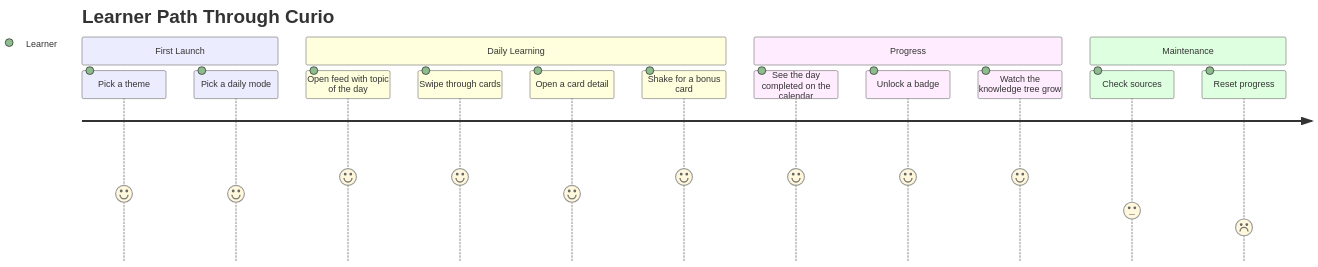
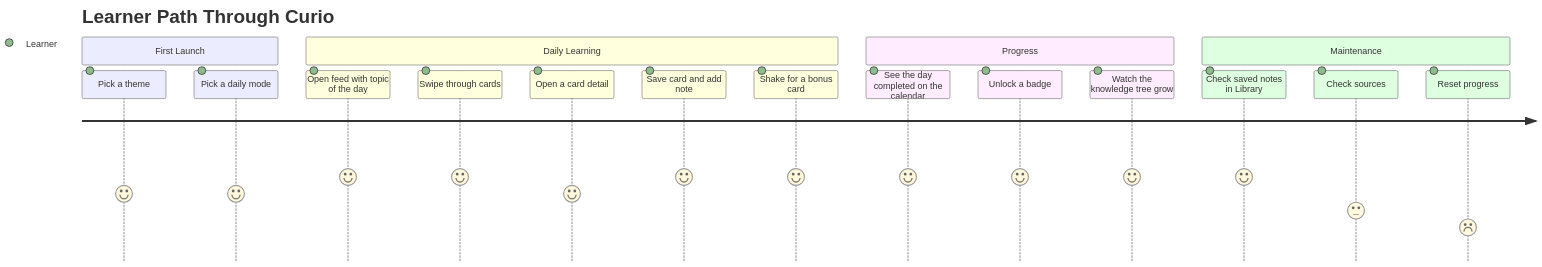
The second of 10 diagrams in docs/CURIO_requirements_and_diagrams.md (Alexia-Crisan/Curio), drawn with Mermaid before and after one commit. The commit also changed other lines of this file and 2 other files, not shown here.

Commit message:
docs: requirements, diagrams, acceptance matrix and demo script match the final app

````diff
--- a/docs/CURIO_requirements_and_diagrams.md
+++ b/docs/CURIO_requirements_and_diagrams.md
@@ -63,19 +67,21 @@
 ```mermaid
 journey
   title Learner Path Through Curio
   section First Launch
     Pick a theme: 4: Learner
     Pick a daily mode: 4: Learner
   section Daily Learning
     Open feed with topic of the day: 5: Learner
     Swipe through cards: 5: Learner
     Open a card detail: 4: Learner
+    Save card and add note: 5: Learner
     Shake for a bonus card: 5: Learner
   section Progress
     See the day completed on the calendar: 5: Learner
     Unlock a badge: 5: Learner
     Watch the knowledge tree grow: 5: Learner
   section Maintenance
+    Check saved notes in Library: 5: Learner
     Check sources: 3: Learner
     Reset progress: 2: Learner
 ```
````
